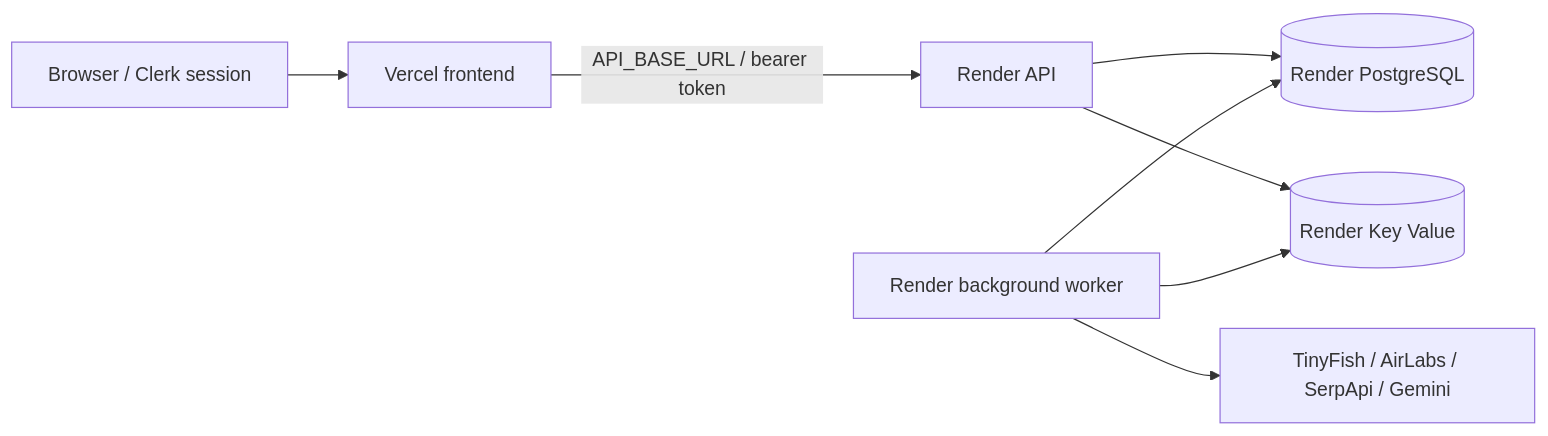
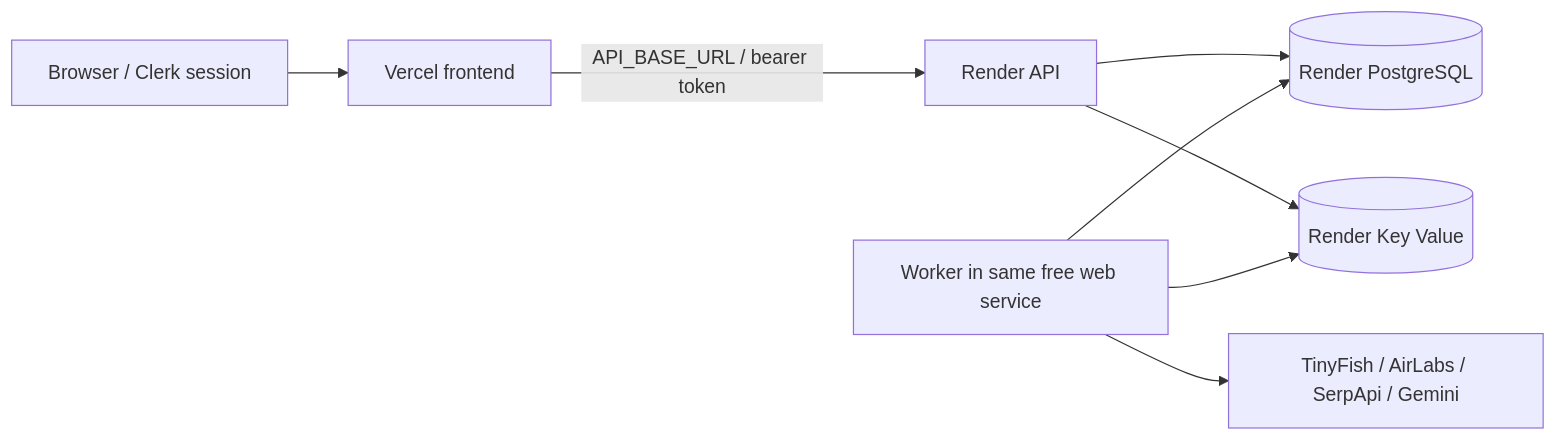
The diagram in DEPLOYMENT.md (aayyuusssh/TripSaathi), drawn with Mermaid before and after one commit. The commit also changed other lines of this file and 6 other files, not shown here.

Commit message:
Use free Render demo plans with combined API and worker lifecycle

````diff
--- a/DEPLOYMENT.md
+++ b/DEPLOYMENT.md
@@ -7,10 +7,10 @@
 ```mermaid
 flowchart LR
   B[Browser / Clerk session] --> V[Vercel frontend]
   V -->|API_BASE_URL / bearer token| A[Render API]
   A --> P[(Render PostgreSQL)]
   A --> R[(Render Key Value)]
-  W[Render background worker] --> P
+  W[Worker in same free web service] --> P
   W --> R
   W --> T[TinyFish / AirLabs / SerpApi / Gemini]
 ```
````
